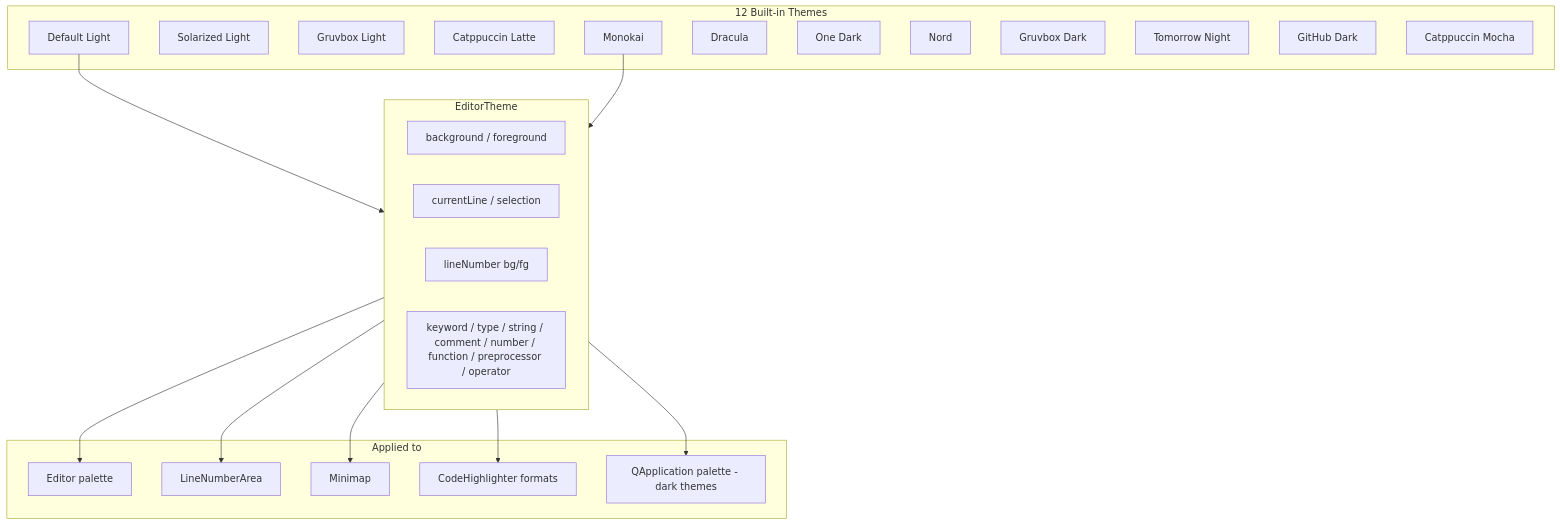
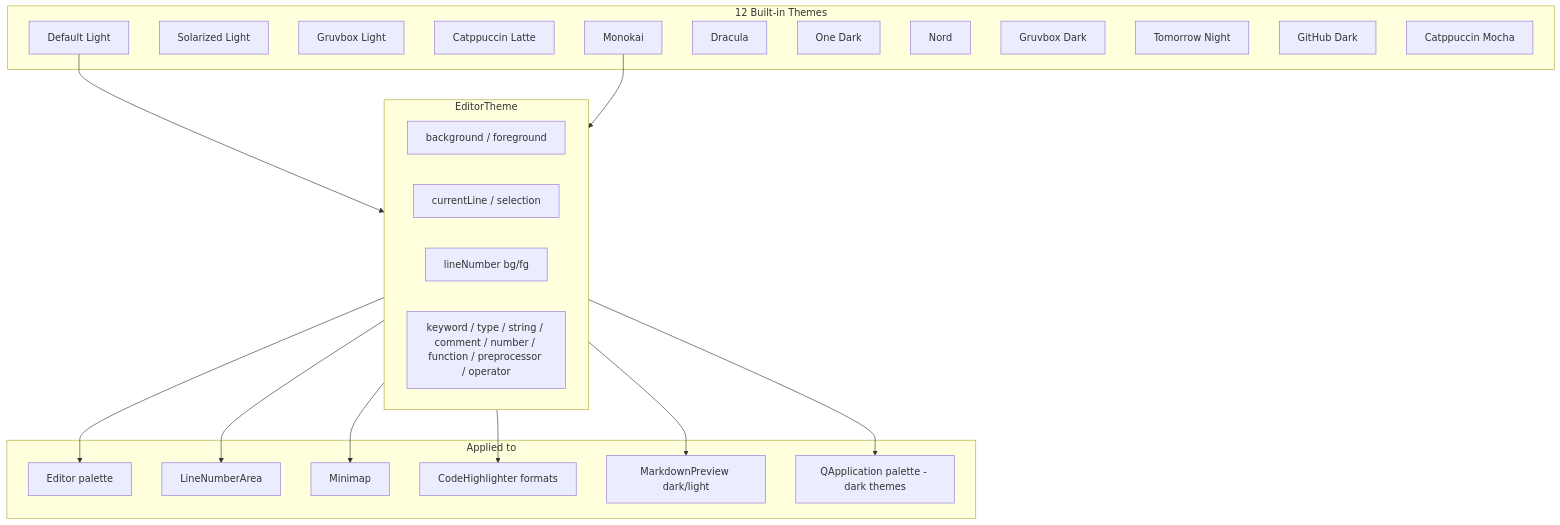
One commit to dkrse/text-ed changed the ninth of 10 diagrams in docs/diagrams.md. Above: the diagram before and after it, drawn with Mermaid. The commit also changed other lines of this file and 8 other files, not shown here.

````diff
--- a/docs/diagrams.md
+++ b/docs/diagrams.md
@@ -287,35 +333,36 @@
 ```mermaid
 flowchart TB
     subgraph "12 Built-in Themes"
         L1[Default Light]
         L2[Solarized Light]
         L3[Gruvbox Light]
         L4[Catppuccin Latte]
         D1[Monokai]
         D2[Dracula]
         D3[One Dark]
         D4[Nord]
         D5[Gruvbox Dark]
         D6[Tomorrow Night]
         D7[GitHub Dark]
         D8[Catppuccin Mocha]
     end
 
     subgraph EditorTheme
         BG[background / foreground]
         CL[currentLine / selection]
         LN[lineNumber bg/fg]
         SY[keyword / type / string / comment / number / function / preprocessor / operator]
     end
 
     subgraph "Applied to"
         EP[Editor palette]
         LNA[LineNumberArea]
         MMP[Minimap]
         CHL[CodeHighlighter formats]
+        MPV[MarkdownPreview dark/light]
         AP[QApplication palette - dark themes]
     end
 
     L1 & D1 --> EditorTheme
-    EditorTheme --> EP & LNA & MMP & CHL & AP
+    EditorTheme --> EP & LNA & MMP & CHL & MPV & AP
 ```
````
